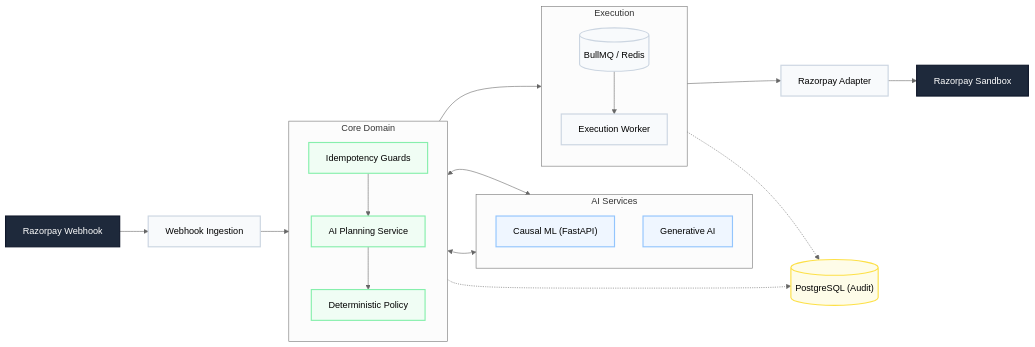
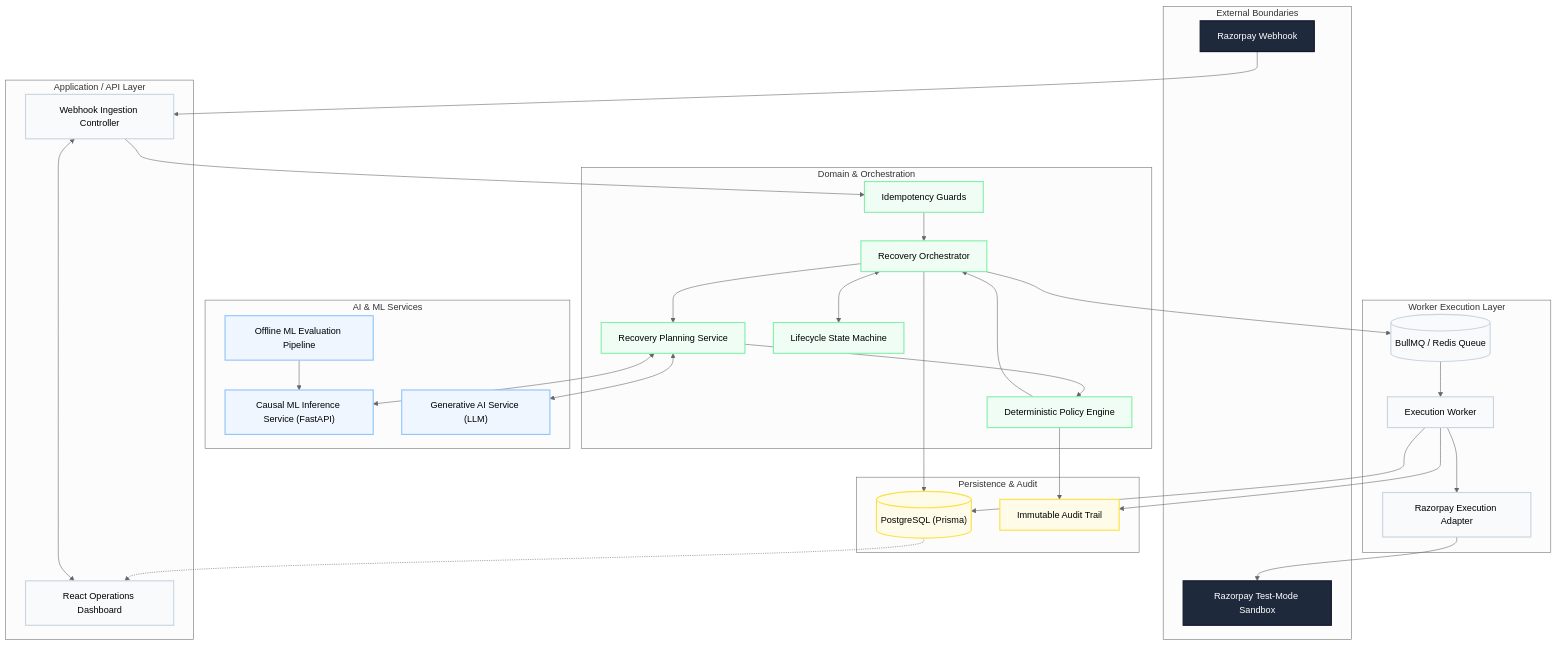
The diagram in README.md (Surya-5555/FinTech-AI-05), drawn with Mermaid (neutral theme) before and after one commit.

Commit message:
docs: set mermaid node text color to black for contrast

````diff
--- a/README.md
+++ b/README.md
@@ -20,54 +20,79 @@
 ```mermaid
-flowchart LR
-    %% Styles for visibility
-    classDef external fill:#1e293b,stroke:#0f172a,stroke-width:2px,color:#fff,font-size:16px
-    classDef api fill:#f8fafc,stroke:#cbd5e1,stroke-width:2px,font-size:16px
-    classDef domain fill:#f0fdf4,stroke:#86efac,stroke-width:2px,font-size:16px
-    classDef ai fill:#eff6ff,stroke:#93c5fd,stroke-width:2px,font-size:16px
-    classDef data fill:#fefce8,stroke:#fde047,stroke-width:2px,font-size:16px
+flowchart TB
+    %% Definitions
+    classDef external fill:#1e293b,stroke:#0f172a,stroke-width:2px,color:#fff
+    classDef api fill:#f8fafc,stroke:#cbd5e1,stroke-width:2px,color:#000
+    classDef domain fill:#f0fdf4,stroke:#86efac,stroke-width:2px,color:#000
+    classDef ai fill:#eff6ff,stroke:#93c5fd,stroke-width:2px,color:#000
+    classDef data fill:#fefce8,stroke:#fde047,stroke-width:2px,color:#000
 
-    %% Nodes
-    Webhook["Razorpay Webhook"]:::external
-    Ingest["Webhook Ingestion"]:::api
+    %% Subgraphs
+    subgraph EXTERNAL ["External Boundaries"]
+        Webhook["Razorpay Webhook"]
+        Provider["Razorpay Test-Mode Sandbox"]
+    end
+    class Webhook,Provider external
+
+    subgraph API_LAYER ["Application / API Layer"]
+        Ingestion["Webhook Ingestion Controller"]
+        DashboardUI["React Operations Dashboard"]
+    end
+    class Ingestion,DashboardUI api
+
+    subgraph DOMAIN_LAYER ["Domain & Orchestration"]
+        Orchestrator["Recovery Orchestrator"]
+        Idempotency["Idempotency Guards"]
+        Planning["Recovery Planning Service"]
+        Policy["Deterministic Policy Engine"]
+        StateMachine["Lifecycle State Machine"]
+    end
+    class Orchestrator,Idempotency,Planning,Policy,StateMachine domain
+
+    subgraph AI_SERVICES ["AI & ML Services"]
+        ML_FastAPI["Causal ML Inference Service (FastAPI)"]
+        LLM_Client["Generative AI Service (LLM)"]
+        Eval["Offline ML Evaluation Pipeline"]
+    end
+    class ML_FastAPI,LLM_Client,Eval ai
+
+    subgraph EXECUTION_LAYER ["Worker Execution Layer"]
+        BullMQ[("BullMQ / Redis Queue")]
+        Worker["Execution Worker"]
+        Adapter["Razorpay Execution Adapter"]
+    end
+    class BullMQ,Worker,Adapter api
+
+    subgraph PERSISTENCE ["Persistence & Audit"]
+        Postgres[("PostgreSQL (Prisma)")]
+        AuditLog["Immutable Audit Trail"]
+    end
+    class Postgres,AuditLog data
+
+    %% Connections
+    Webhook --> Ingestion
+    Ingestion --> Idempotency
+    Idempotency --> Orchestrator
     
-    subgraph DOMAIN ["Core Domain"]
-        direction TB
-        Idempotency["Idempotency Guards"]:::domain
-        Plan["AI Planning Service"]:::domain
-        Policy["Deterministic Policy"]:::domain
-    end
+    Orchestrator <--> StateMachine
+    Orchestrator --> Planning
 
-    subgraph AI ["AI Services"]
-        direction TB
-        ML["Causal ML (FastAPI)"]:::ai
-        LLM["Generative AI"]:::ai
-    end
-
-    subgraph EXECUTION ["Execution"]
-        direction TB
-        Queue[("BullMQ / Redis")]:::api
-        Worker["Execution Worker"]:::api
-    end
-
-    Adapter["Razorpay Adapter"]:::api
-    Provider["Razorpay Sandbox"]:::external
-    DB[("PostgreSQL (Audit)")]:::data
-
-    %% Flow
-    Webhook --> Ingest
-    Ingest --> Idempotency
-    Idempotency --> Plan
+    Planning <--> ML_FastAPI
+    Planning <--> LLM_Client
     
-    Plan <--> ML
-    Plan <--> LLM
+    Planning --> Policy
+    Policy --> Orchestrator
     
-    Plan --> Policy
-    Policy --> Queue
-    Queue --> Worker
+    Orchestrator --> BullMQ
+    BullMQ --> Worker
     Worker --> Adapter
     Adapter --> Provider
     
-    %% Audit paths
-    Policy -.-> DB
-    Worker -.-> DB
+    Orchestrator --> Postgres
+    Worker --> Postgres
+    Policy --> AuditLog
+    Worker --> AuditLog
+    
+    Eval --> ML_FastAPI
+    DashboardUI <--> Ingestion
+    Postgres -.-> DashboardUI
 ```
````
